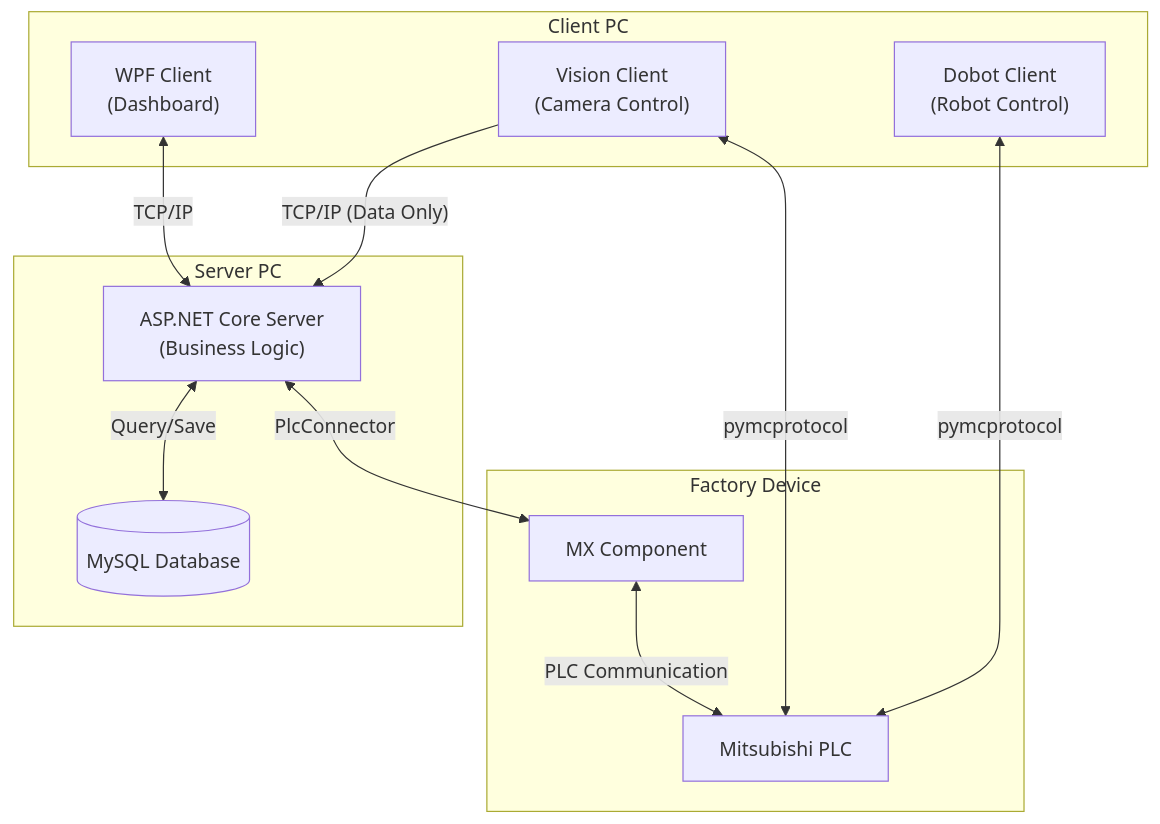
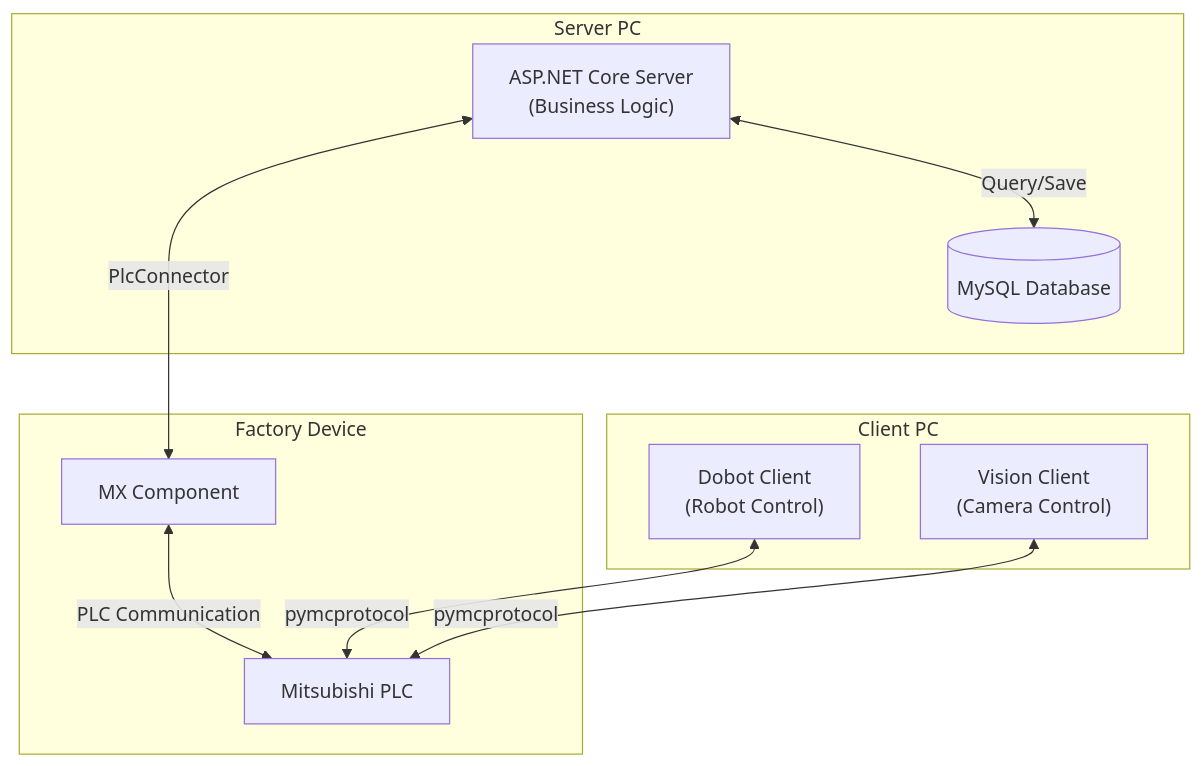
One commit to yunho21-dotcom/automotive-mes-server changed the diagram in README.md. Above: the diagram before and after it, drawn with Mermaid. The commit also changed other lines of this file and 2 other files, not shown here.

````diff
--- a/README.md
+++ b/README.md
@@ -71,28 +75,30 @@
 ```mermaid
 graph TD
-    subgraph ClientPC["Client PC"]
-        WPF["WPF Client<br/>(Dashboard)"]
-        Vision["Vision Client<br/>(Camera Control)"]
-        Dobot["Dobot Client<br/>(Robot Control)"]
-    end
-
     subgraph ServerPC["Server PC"]
         Server["ASP.NET Core Server<br/>(Business Logic)"]
         DB[("MySQL Database")]
+    end
+
+    subgraph ClientPC["Client PC"]
+        Vision["Vision Client<br/>(Camera Control)"]
+        Dobot["Dobot Client<br/>(Robot Control)"]
     end
 
     subgraph FactoryDevice["Factory Device"]
         MX["MX Component"]
         PLC["Mitsubishi PLC"]
     end
 
-    WPF <-->|"TCP/IP"| Server
-    Vision -->|"TCP/IP (Data Only)"| Server
-    
+    %% [Layout Trick] 강제 수직 배치를 위한 투명 연결선
+    %% Server PC의 DB 밑에 Client PC의 Vision이 오도록 설정
+    DB ~~~ Vision
+
+    %% Server Connections
     Server <-->|"Query/Save"| DB
     Server <-->|"PlcConnector"| MX
     MX <-->|"PLC Communication"| PLC
     
+    %% Client to PLC Direct Connections
     Dobot <-->|"pymcprotocol"| PLC
     Vision <-->|"pymcprotocol"| PLC
 ```
````
